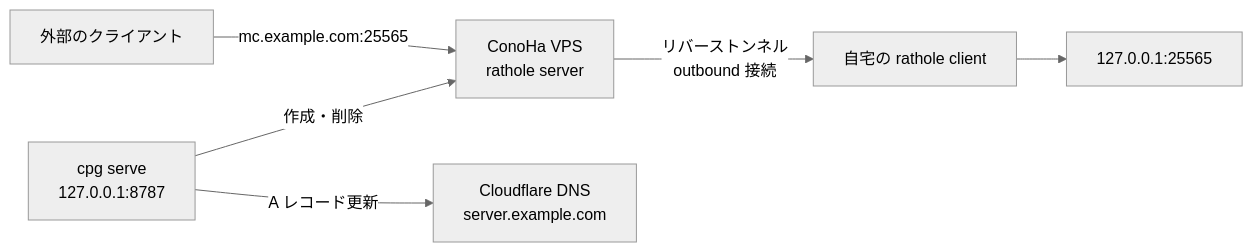
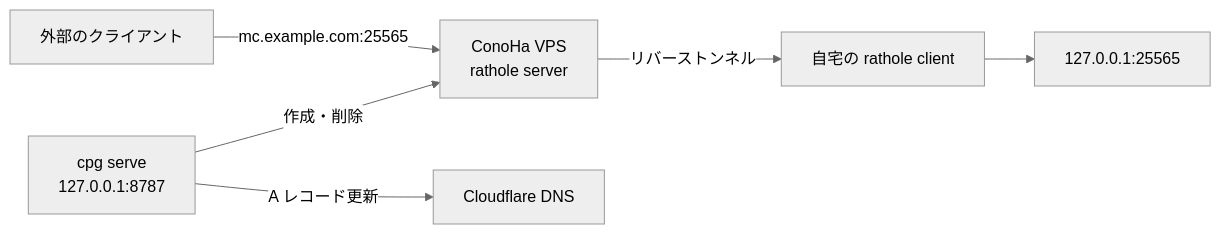
Before and after one commit to sas-news/articles: the diagram in drafts/conoha-vps-zero-idle.md, drawn with Mermaid (neutral theme). The commit also changed other lines of this file, not shown here.

````diff
--- a/drafts/conoha-vps-zero-idle.md
+++ b/drafts/conoha-vps-zero-idle.md
@@ -70,8 +48,8 @@
 ```mermaid
 flowchart LR
   Client[外部のクライアント] -->|mc.example.com:25565| VPS[ConoHa VPS<br>rathole server]
-  VPS -->|リバーストンネル<br>outbound 接続| Home[自宅の rathole client]
+  VPS -->|リバーストンネル| Home[自宅の rathole client]
   Home --> Local[127.0.0.1:25565]
   API[cpg serve<br>127.0.0.1:8787] -->|作成・削除| VPS
-  API -->|A レコード更新| DNS[Cloudflare DNS<br>server.example.com]
+  API -->|A レコード更新| DNS[Cloudflare DNS]
 ```
````
